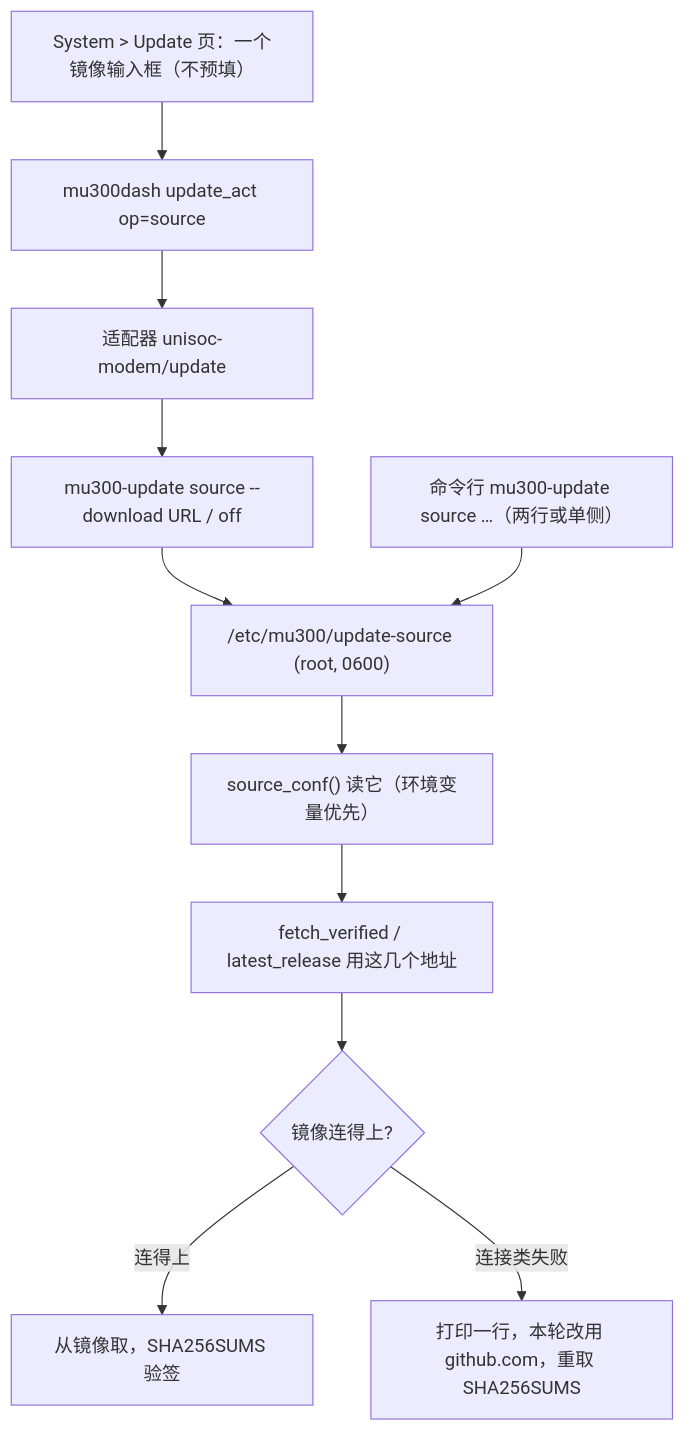
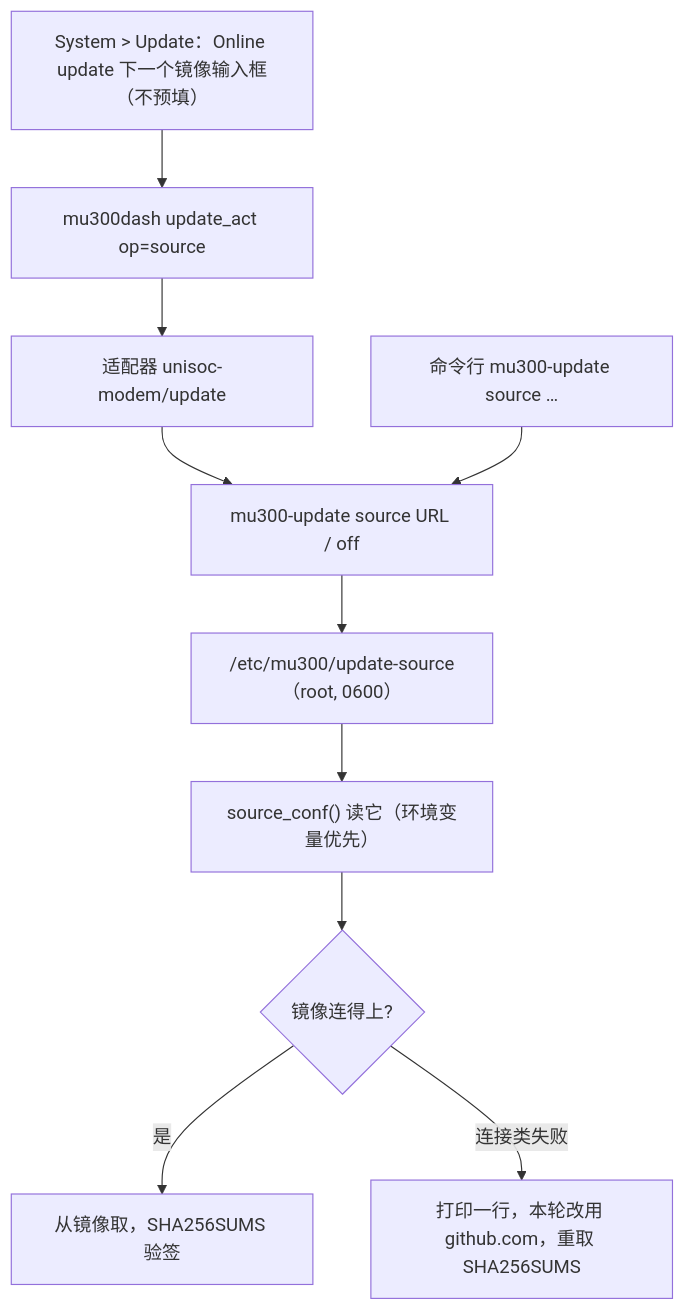
One commit to dikeckaan/mu300-linux changed the diagram in docs/plans/2026-10-16-1146-feat-update-source-plan.md. Above: the diagram before and after it, drawn with Mermaid. The commit also changed other lines of this file, not shown here.

````diff
--- a/docs/plans/2026-10-16-1146-feat-update-source-plan.md
+++ b/docs/plans/2026-10-16-1146-feat-update-source-plan.md
@@ -97,13 +98,12 @@
 ```mermaid
 flowchart TB
-  A["System > Update 页：一个镜像输入框（不预填）"] --> B["mu300dash update_act op=source"]
+  A["System > Update：Online update 下一个镜像输入框（不预填）"] --> B["mu300dash update_act op=source"]
   B --> C["适配器 unisoc-modem/update"]
-  C --> D["mu300-update source --download URL / off"]
-  D --> E["/etc/mu300/update-source (root, 0600)"]
-  H["命令行 mu300-update source …（两行或单侧）"] --> E
+  C --> D["mu300-update source URL / off"]
+  H["命令行 mu300-update source …"] --> D
+  D --> E["/etc/mu300/update-source（root, 0600）"]
   E --> F["source_conf() 读它（环境变量优先）"]
-  F --> G["fetch_verified / latest_release 用这几个地址"]
-  G --> I{"镜像连得上?"}
-  I -->|连得上| J["从镜像取，SHA256SUMS 验签"]
-  I -->|连接类失败| K["打印一行，本轮改用 github.com，重取 SHA256SUMS"]
+  F --> G{"镜像连得上?"}
+  G -->|是| I["从镜像取，SHA256SUMS 验签"]
+  G -->|连接类失败| J["打印一行，本轮改用 github.com，重取 SHA256SUMS"]
 ```
````
